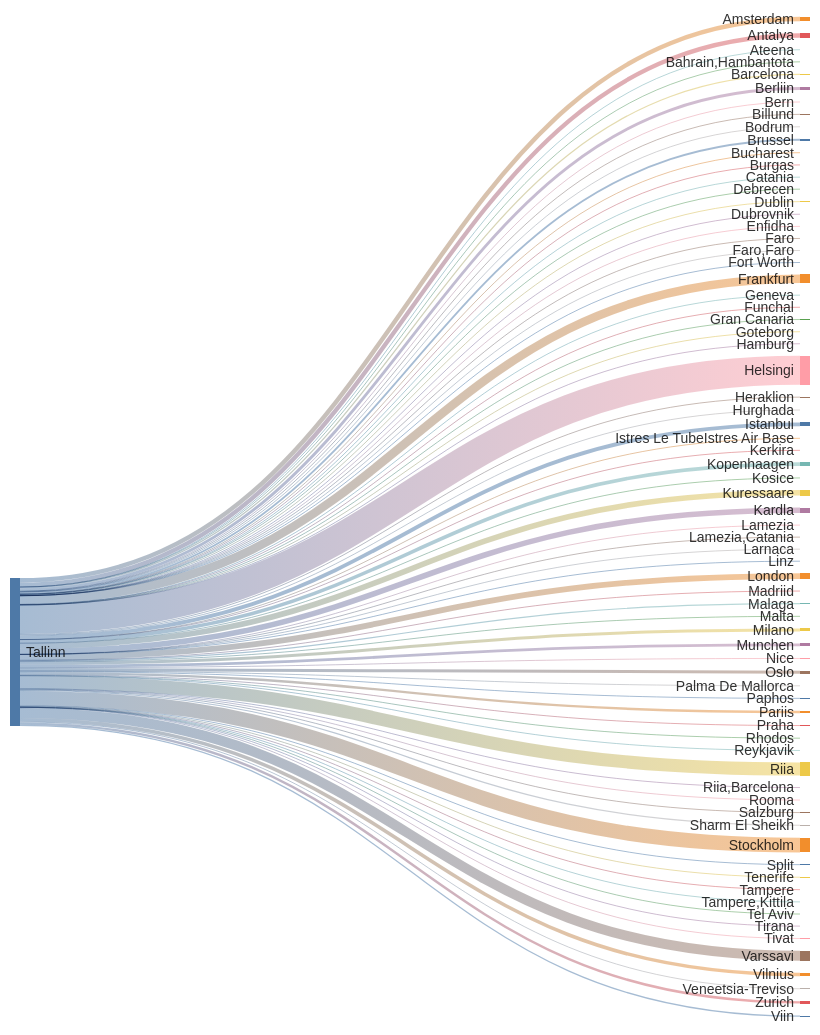
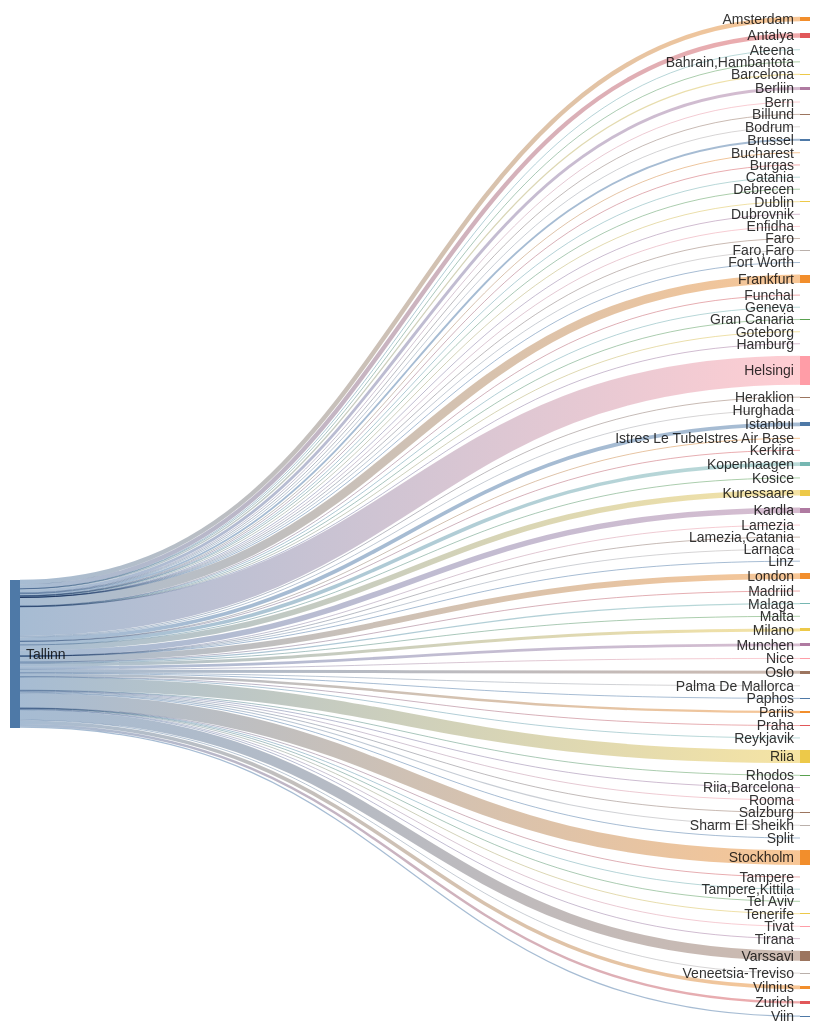
The second of 2 diagrams in README.md (rainermesi/tll-airport-departures), drawn with Mermaid before and after one commit. The commit also changed other lines of this file and 1 other file, not shown here.

````diff
--- a/README.md
+++ b/README.md
@@ -41,18 +41,18 @@
 ---
 sankey-beta
 %% source,target,value
-Tallinn,Amsterdam,379
-Tallinn,Antalya,365
+Tallinn,Amsterdam,381
+Tallinn,Antalya,367
 Tallinn,Ateena,16
 Tallinn,"Bahrain,Hambantota",1
 Tallinn,Barcelona,105
-Tallinn,Berliin,246
+Tallinn,Berliin,248
 Tallinn,Bern,1
 Tallinn,Billund,62
 Tallinn,Bodrum,11
-Tallinn,Brussel,157
+Tallinn,Brussel,158
 Tallinn,Bucharest,1
-Tallinn,Burgas,36
+Tallinn,Burgas,37
 Tallinn,Catania,2
 Tallinn,Debrecen,1
 Tallinn,Dublin,80
@@ -61,58 +61,58 @@
 Tallinn,Faro,4
 Tallinn,"Faro,Faro",1
 Tallinn,Fort Worth,1
-Tallinn,Frankfurt,728
+Tallinn,Frankfurt,730
 Tallinn,Funchal,5
 Tallinn,Geneva,13
 Tallinn,Gran Canaria,38
 Tallinn,Goteborg,1
 Tallinn,Hamburg,2
-Tallinn,Helsingi,2461
+Tallinn,Helsingi,2471
 Tallinn,Heraklion,70
 Tallinn,Hurghada,75
-Tallinn,Istanbul,326
+Tallinn,Istanbul,327
 Tallinn,Istres Le TubeIstres Air Base,2
 Tallinn,Kerkira,4
 Tallinn,Kopenhaagen,304
 Tallinn,Kosice,1
-Tallinn,Kuressaare,473
-Tallinn,Kardla,473
+Tallinn,Kuressaare,475
+Tallinn,Kardla,475
 Tallinn,Lamezia,1
 Tallinn,"Lamezia,Catania",3
 Tallinn,Larnaca,4
 Tallinn,Linz,2
-Tallinn,London,496
+Tallinn,London,498
 Tallinn,Madriid,1
 Tallinn,Malaga,97
 Tallinn,Malta,21
 Tallinn,Milano,257
-Tallinn,Munchen,234
+Tallinn,Munchen,236
 Tallinn,Nice,37
-Tallinn,Oslo,255
+Tallinn,Oslo,256
 Tallinn,Palma De Mallorca,25
 Tallinn,Paphos,66
-Tallinn,Pariis,205
-Tallinn,Praha,64
+Tallinn,Pariis,207
+Tallinn,Praha,65
 Tallinn,Reykjavik,5
-Tallinn,Rhodos,44
-Tallinn,Riia,1108
+Tallinn,Rhodos,45
+Tallinn,Riia,1112
 Tallinn,"Riia,Barcelona",1
 Tallinn,Rooma,80
 Tallinn,Salzburg,14
 Tallinn,Sharm El Sheikh,96
-Tallinn,Split,37
-Tallinn,Stockholm,1245
+Tallinn,Split,38
+Tallinn,Stockholm,1249
 Tallinn,Tampere,17
 Tallinn,"Tampere,Kittila",21
 Tallinn,Tel Aviv,1
 Tallinn,Tenerife,58
-Tallinn,Tirana,17
+Tallinn,Tirana,18
 Tallinn,Tivat,44
-Tallinn,Varssavi,850
+Tallinn,Varssavi,854
 Tallinn,Veneetsia-Treviso,67
 Tallinn,Viin,106
-Tallinn,Vilnius,305
-Tallinn,Zurich,211
+Tallinn,Vilnius,306
+Tallinn,Zurich,212
 
 
 ```
````
